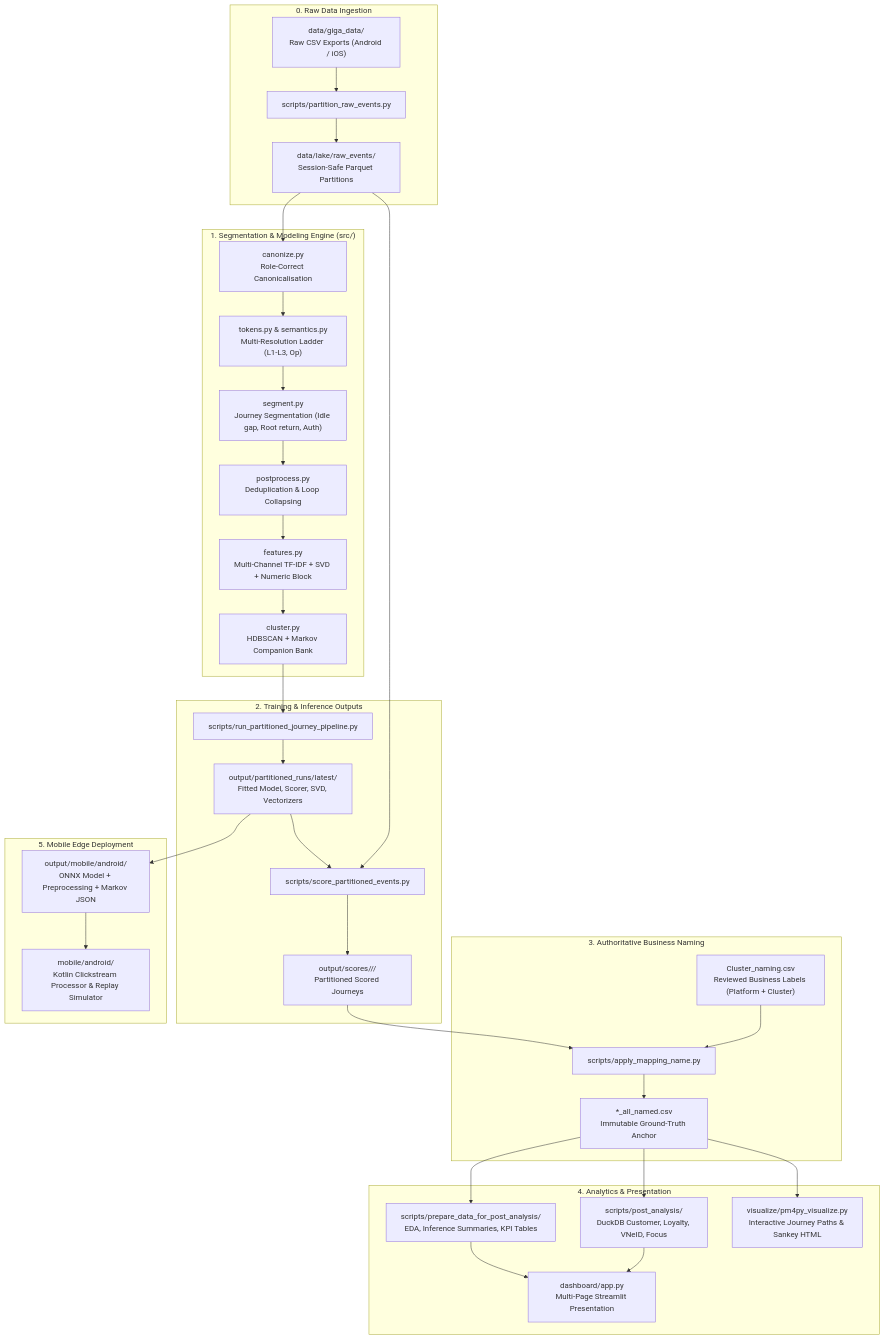
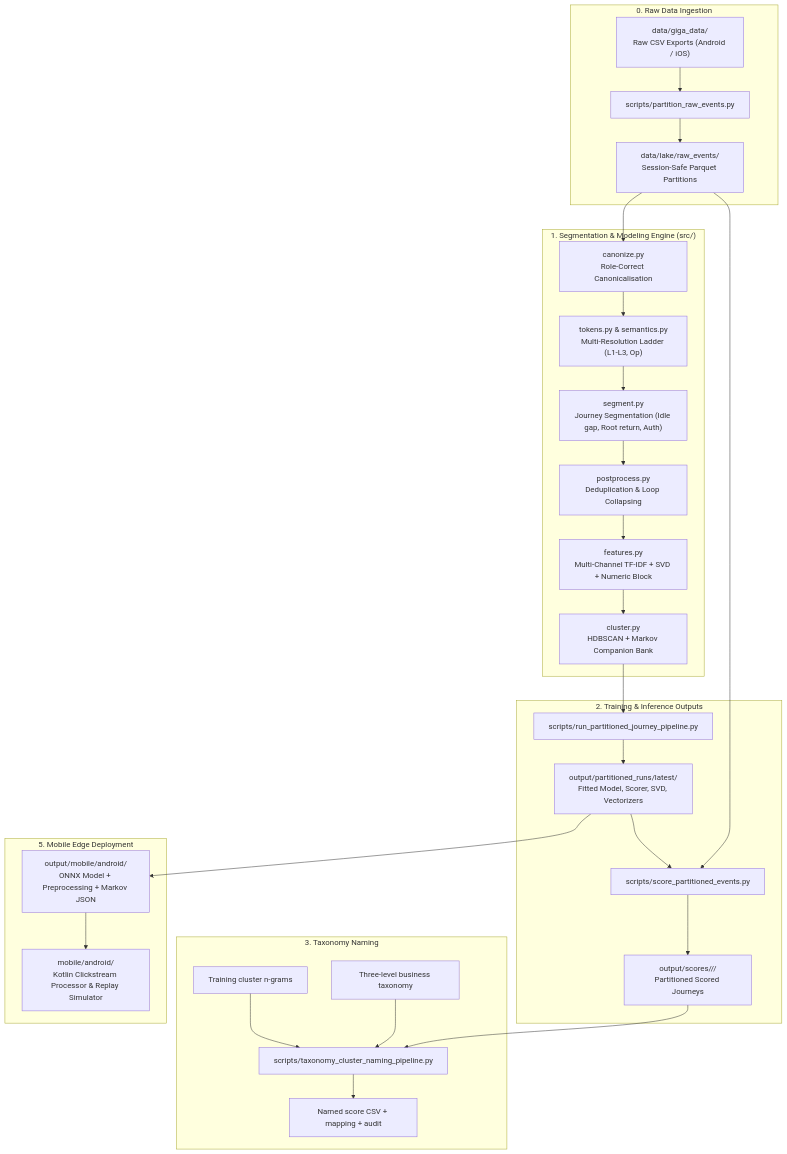
The first of 4 diagrams in README.md (HNg0303/Unsupervised-Journey-Clustering), drawn with Mermaid before and after one commit. The commit also changed other lines of this file and 124 other files, not shown here.

````diff
--- a/README.md
+++ b/README.md
@@ -102,60 +97,49 @@
 ```mermaid
 flowchart TD
     subgraph S0["0. Raw Data Ingestion"]
         RAW["data/giga_data/<br>Raw CSV Exports (Android / iOS)"]
         PART_SCRIPT["scripts/partition_raw_events.py"]
         LAKE_EVENTS["data/lake/raw_events/<br>Session-Safe Parquet Partitions"]
         RAW --> PART_SCRIPT --> LAKE_EVENTS
     end
 
     subgraph S1["1. Segmentation & Modeling Engine (src/)"]
         CANON["canonize.py<br>Role-Correct Canonicalisation"]
         TOKENS["tokens.py & semantics.py<br>Multi-Resolution Ladder (L1-L3, Op)"]
         SEG["segment.py<br>Journey Segmentation (Idle gap, Root return, Auth)"]
         POST["postprocess.py<br>Deduplication & Loop Collapsing"]
         FEAT["features.py<br>Multi-Channel TF-IDF + SVD + Numeric Block"]
         CLUST["cluster.py<br>HDBSCAN + Markov Companion Bank"]
         
         LAKE_EVENTS --> CANON --> TOKENS --> SEG --> POST --> FEAT --> CLUST
     end
 
     subgraph S2["2. Training & Inference Outputs"]
         RUN_SCRIPT["scripts/run_partitioned_journey_pipeline.py"]
         TRAIN_OUT["output/partitioned_runs/latest/<br>Fitted Model, Scorer, SVD, Vectorizers"]
         SCORE_SCRIPT["scripts/score_partitioned_events.py"]
         SCORED_PARQUET["output/scores/<bundle>/<platform>/<br>Partitioned Scored Journeys"]
         
         CLUST --> RUN_SCRIPT --> TRAIN_OUT
         TRAIN_OUT --> SCORE_SCRIPT
         LAKE_EVENTS --> SCORE_SCRIPT --> SCORED_PARQUET
     end
 
-    subgraph S3["3. Authoritative Business Naming"]
-        NAMING_CSV["Cluster_naming.csv<br>Reviewed Business Labels (Platform + Cluster)"]
-        APPLY_NAME["scripts/apply_mapping_name.py"]
-        ALL_NAMED["*_all_named.csv<br>Immutable Ground-Truth Anchor"]
-        
-        SCORED_PARQUET --> APPLY_NAME
-        NAMING_CSV --> APPLY_NAME --> ALL_NAMED
-    end
+    subgraph S3["3. Taxonomy Naming"]
+        NGRAMS["Training cluster n-grams"]
+        TAXONOMY["Three-level business taxonomy"]
+        NAMING["scripts/taxonomy_cluster_naming_pipeline.py"]
+        NAMED["Named score CSV + mapping + audit"]
 
-    subgraph S4["4. Analytics & Presentation"]
-        DUCK_POST["scripts/post_analysis/<br>DuckDB Customer, Loyalty, VNeID, Focus"]
-        PREP_DASH["scripts/prepare_data_for_post_analysis/<br>EDA, Inference Summaries, KPI Tables"]
-        STREAMLIT["dashboard/app.py<br>Multi-Page Streamlit Presentation"]
-        SANKEY["visualize/pm4py_visualize.py<br>Interactive Journey Paths & Sankey HTML"]
-        
-        ALL_NAMED --> DUCK_POST
-        ALL_NAMED --> PREP_DASH
-        PREP_DASH --> STREAMLIT
-        DUCK_POST --> STREAMLIT
-        ALL_NAMED --> SANKEY
+        NGRAMS --> NAMING
+        TAXONOMY --> NAMING
+        SCORED_PARQUET --> NAMING --> NAMED
     end
 
     subgraph S5["5. Mobile Edge Deployment"]
         ONNX_EXP["output/mobile/android/<br>ONNX Model + Preprocessing + Markov JSON"]
         ANDROID_APP["mobile/android/<br>Kotlin Clickstream Processor & Replay Simulator"]
         
         TRAIN_OUT --> ONNX_EXP --> ANDROID_APP
     end
 ```
````
